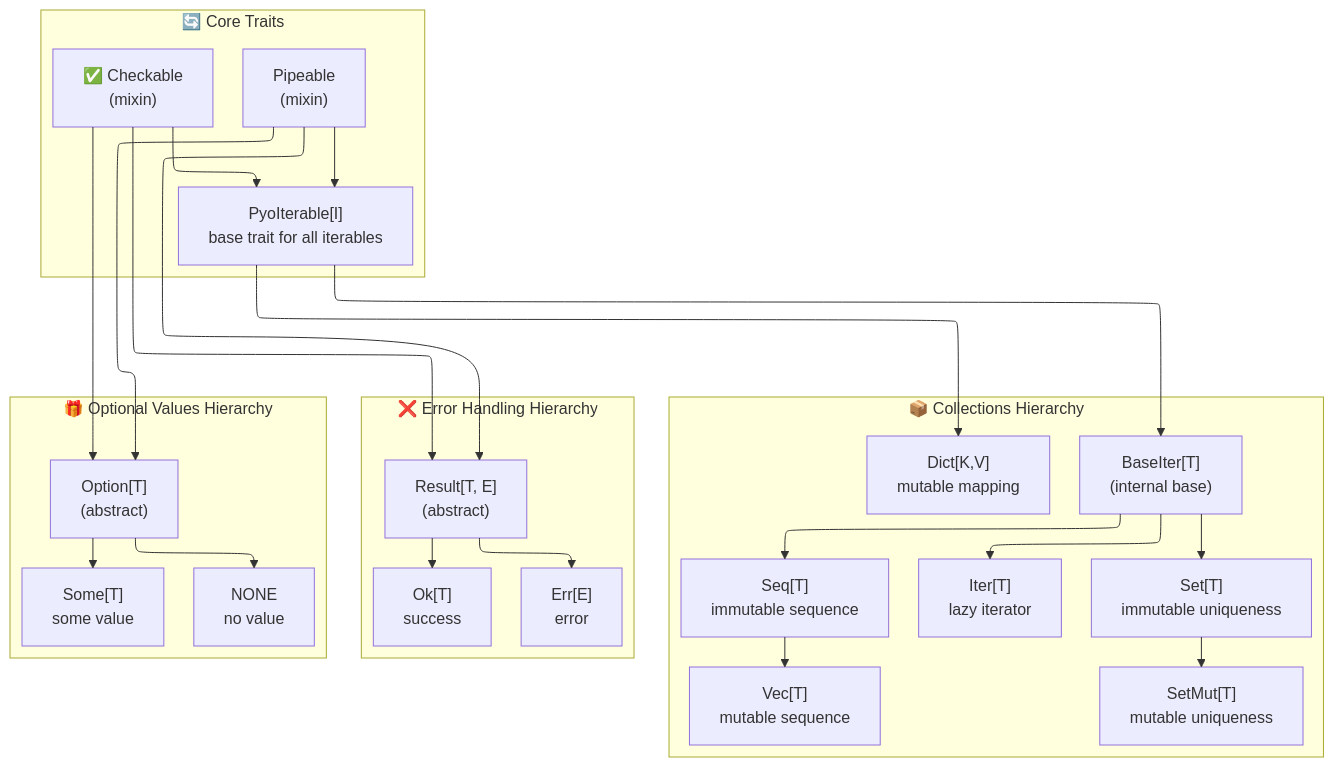
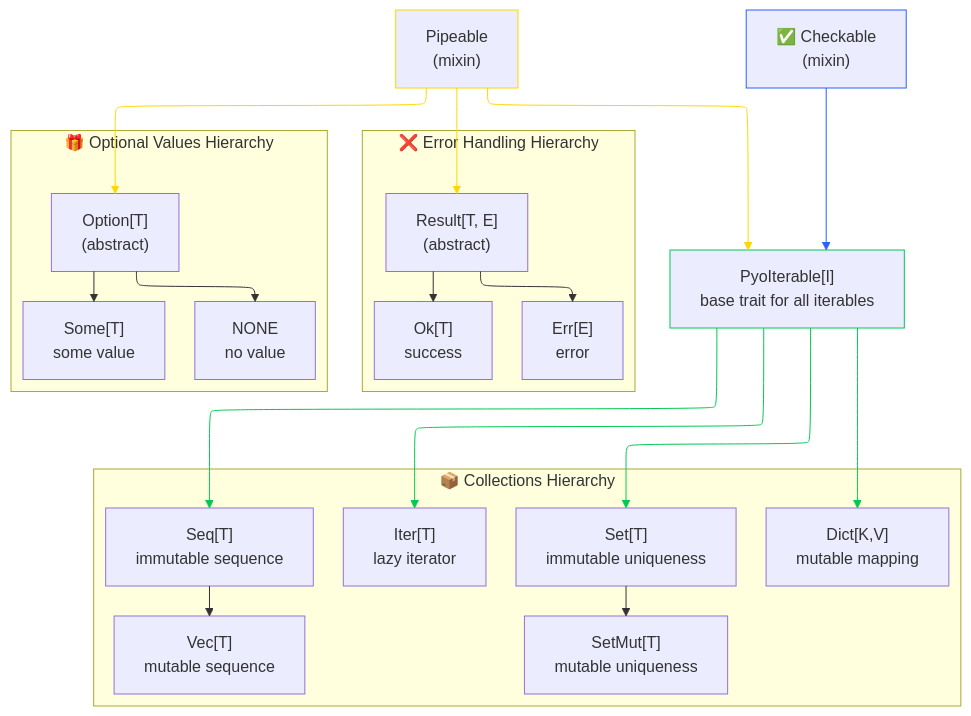
Before and after one commit to OutSquareCapital/pyochain: the diagram in docs/core-types-overview.md, drawn with Mermaid. The commit also changed other lines of this file and 1 other file, not shown here.

````diff
--- a/docs/core-types-overview.md
+++ b/docs/core-types-overview.md
@@ -62,39 +65,44 @@
 ```mermaid
 ---
 config:
   layout: elk
 ---
 flowchart TB
- subgraph Traits["🔄 Core Traits"]
-        Pipeable["Pipeable<br>(mixin)"]
-        Checkable["✅ Checkable<br>(mixin)"]
-        PyoIterable["PyoIterable[I]<br>base trait for all iterables"]
-  end
  subgraph Collections["📦 Collections Hierarchy"]
-        BaseIter["BaseIter[T]<br>(internal base)"]
         Iter["Iter[T]<br>lazy iterator"]
         Seq["Seq[T]<br>immutable sequence"]
         Vec["Vec[T]<br>mutable sequence"]
         Set["Set[T]<br>immutable uniqueness"]
         SetMut["SetMut[T]<br>mutable uniqueness"]
         Dict["Dict[K,V]<br>mutable mapping"]
   end
  subgraph ErrorHandling["❌ Error Handling Hierarchy"]
         Result["Result[T, E]<br>(abstract)"]
         Ok["Ok[T]<br>success"]
         Err["Err[E]<br>error"]
   end
  subgraph Optional["🎁 Optional Values Hierarchy"]
         Option["Option[T]<br>(abstract)"]
         Some["Some[T]<br>some value"]
         NONE["NONE<br>no value"]
   end
-    Pipeable & Checkable --> PyoIterable
-    PyoIterable --> BaseIter & Dict
-    BaseIter --> Iter & Seq & Set
+    Pipeable["Pipeable<br>(mixin)"] --> PyoIterable["PyoIterable[I]<br>base trait for all iterables"] & Result & Option
+    Checkable["✅ Checkable<br>(mixin)"] --> PyoIterable
+    PyoIterable --> Dict & Iter & Seq & Set
     Seq --> Vec
     Set --> SetMut
-    Pipeable & Checkable --> Result & Option
     Result --> Ok & Err
     Option --> Some & NONE
+
+    style Pipeable stroke:#FFD600
+    style PyoIterable stroke:#00C853
+    style Checkable stroke:#2962FF
+    linkStyle 0 stroke:#FFD600,fill:none
+    linkStyle 1 stroke:#FFD600,fill:none
+    linkStyle 2 stroke:#FFD600,fill:none
+    linkStyle 3 stroke:#2962FF,fill:none
+    linkStyle 4 stroke:#00C853,fill:none
+    linkStyle 5 stroke:#00C853,fill:none
+    linkStyle 6 stroke:#00C853,fill:none
+    linkStyle 7 stroke:#00C853,fill:none
 ```
````
